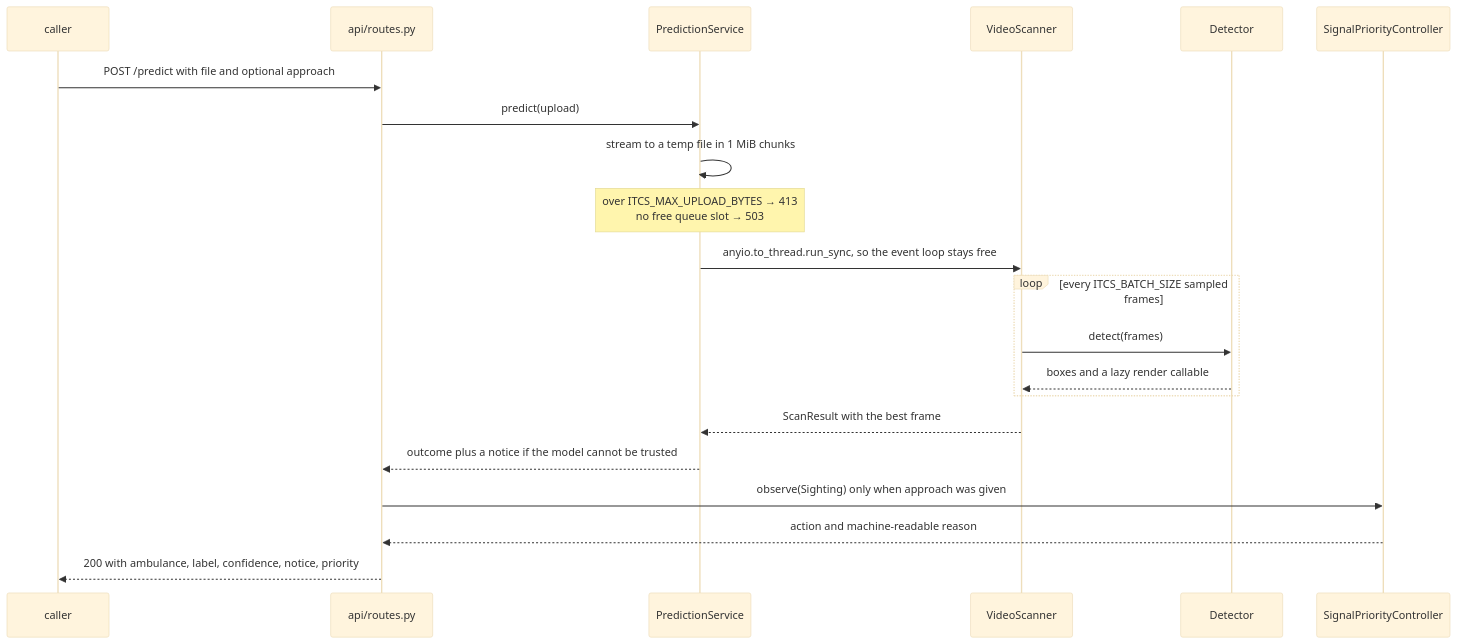
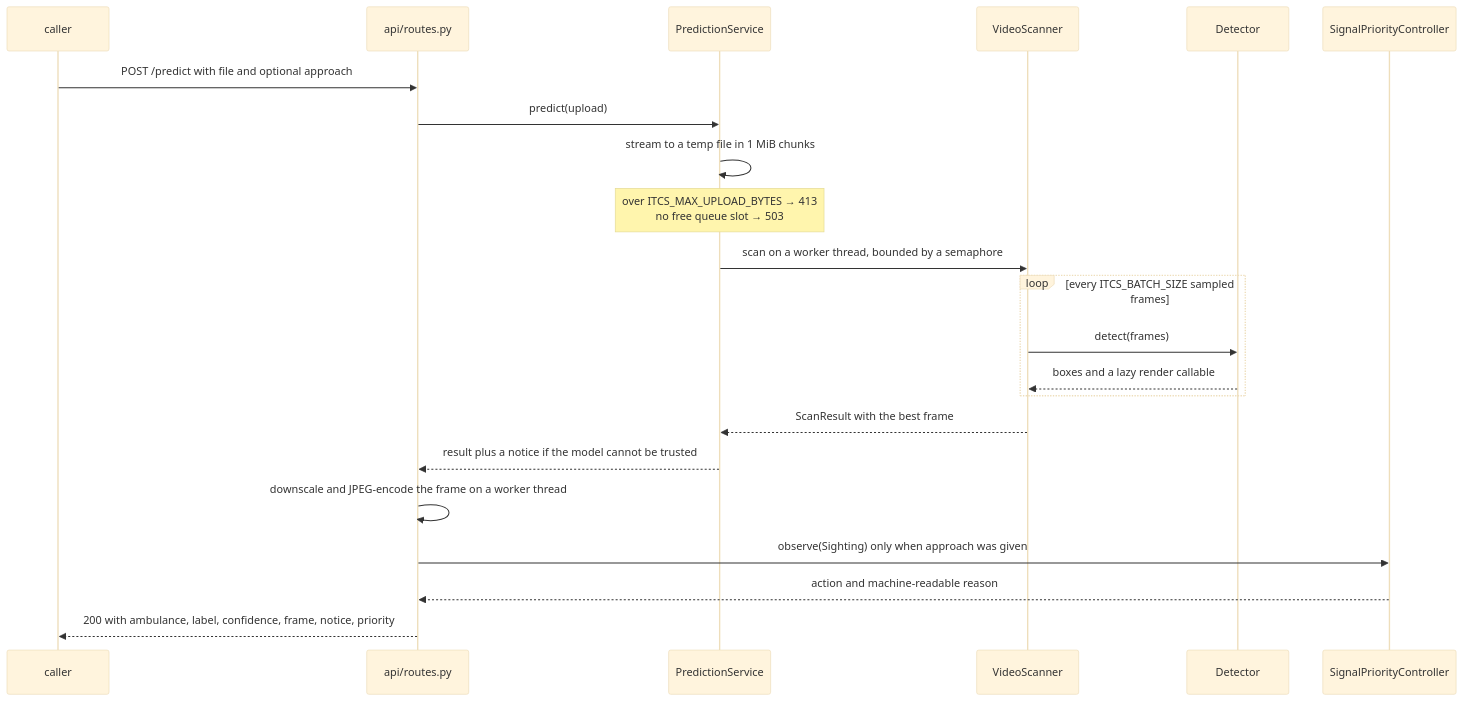
One commit to dev-sas002/intersection-priority-ai changed the first of 2 diagrams in README.md. Above: the diagram before and after it, drawn with Mermaid (base theme). The commit also changed other lines of this file, not shown here.

````diff
--- a/README.md
+++ b/README.md
@@ -69,23 +97,24 @@
 ```mermaid
 sequenceDiagram
     participant C as caller
     participant R as api/routes.py
     participant S as PredictionService
     participant V as VideoScanner
     participant D as Detector
     participant P as SignalPriorityController
     C->>R: POST /predict with file and optional approach
     R->>S: predict(upload)
     S->>S: stream to a temp file in 1 MiB chunks
     Note over S: over ITCS_MAX_UPLOAD_BYTES → 413<br/>no free queue slot → 503
-    S->>V: anyio.to_thread.run_sync, so the event loop stays free
+    S->>V: scan on a worker thread, bounded by a semaphore
     loop every ITCS_BATCH_SIZE sampled frames
         V->>D: detect(frames)
         D-->>V: boxes and a lazy render callable
     end
     V-->>S: ScanResult with the best frame
-    S-->>R: outcome plus a notice if the model cannot be trusted
+    S-->>R: result plus a notice if the model cannot be trusted
+    R->>R: downscale and JPEG-encode the frame on a worker thread
     R->>P: observe(Sighting) only when approach was given
     P-->>R: action and machine-readable reason
-    R-->>C: 200 with ambulance, label, confidence, notice, priority
+    R-->>C: 200 with ambulance, label, confidence, frame, notice, priority
 ```
````
